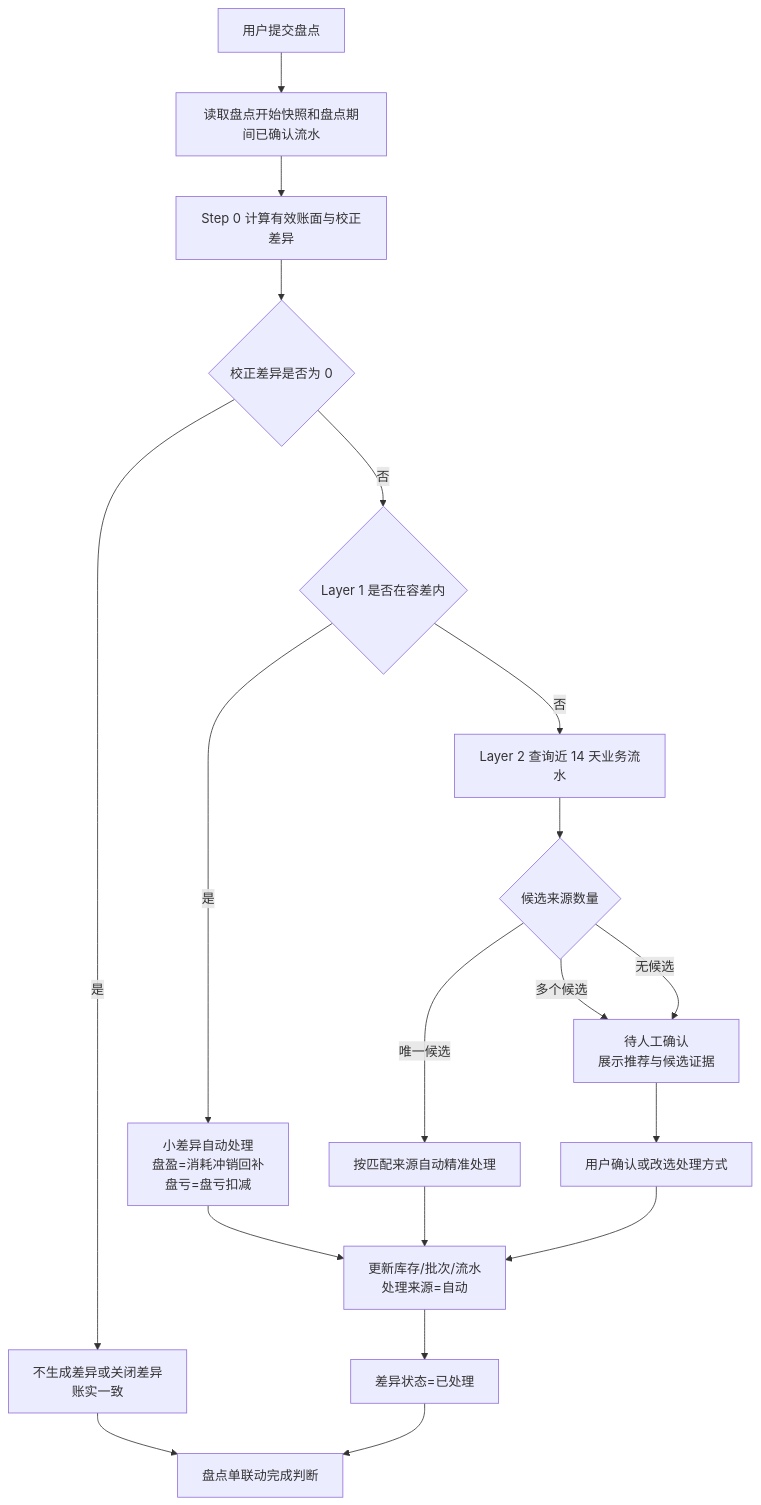
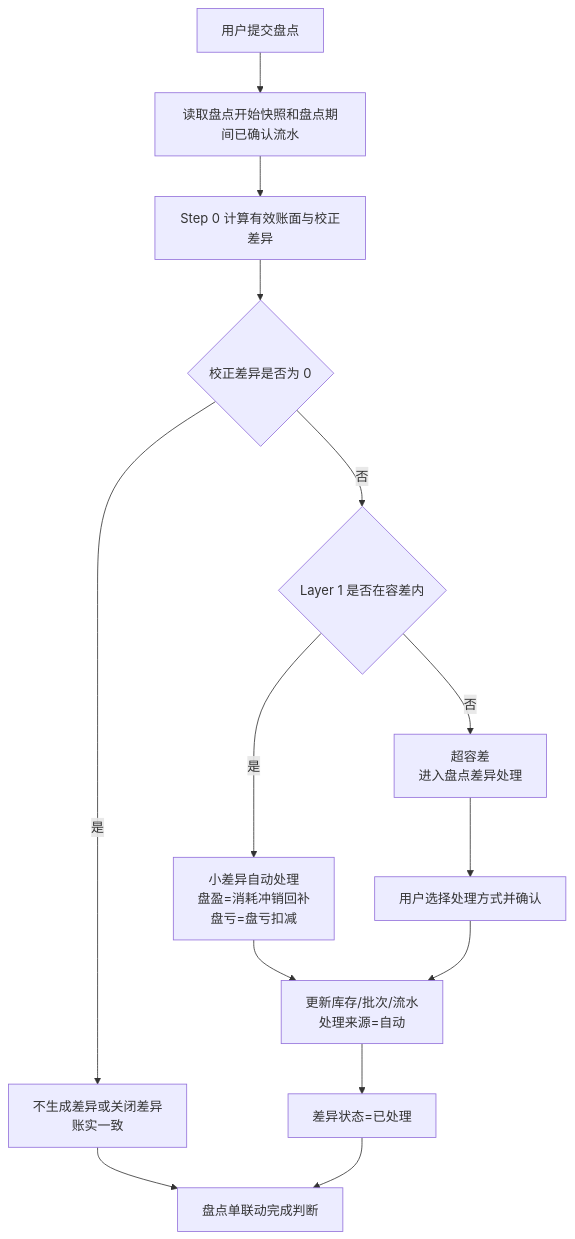
The first of 2 diagrams in prds/inventory/02-盘点差异自动处理规则.md (91Dhua/Vaccine), drawn with Mermaid before and after one commit. The commit also changed other lines of this file and 1 other file, not shown here.

````diff
--- a/prds/inventory/02-盘点差异自动处理规则.md
+++ b/prds/inventory/02-盘点差异自动处理规则.md
@@ -59,21 +58,16 @@
 ```mermaid
 flowchart TD
   A[用户提交盘点] --> B[读取盘点开始快照和盘点期间已确认流水]
   B --> C[Step 0 计算有效账面与校正差异]
   C --> D{校正差异是否为 0}
   D -->|是| E[不生成差异或关闭差异<br/>账实一致]
   D -->|否| F{Layer 1 是否在容差内}
   F -->|是| G[小差异自动处理<br/>盘盈=消耗冲销回补<br/>盘亏=盘亏扣减]
-  F -->|否| H[Layer 2 查询近 14 天业务流水]
-  H --> I{候选来源数量}
-  I -->|唯一候选| J[按匹配来源自动精准处理]
-  I -->|多个候选| K[待人工确认<br/>展示推荐与候选证据]
-  I -->|无候选| K
+  F -->|否| K[超容差<br/>进入盘点差异处理]
   G --> P[更新库存/批次/流水<br/>处理来源=自动]
-  J --> P
   P --> S[差异状态=已处理]
   E --> T[盘点单联动完成判断]
   S --> T
-  K --> U[用户确认或改选处理方式]
+  K --> U[用户选择处理方式并确认]
   U --> P
 ```
````
